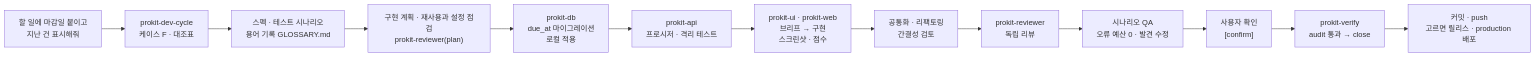
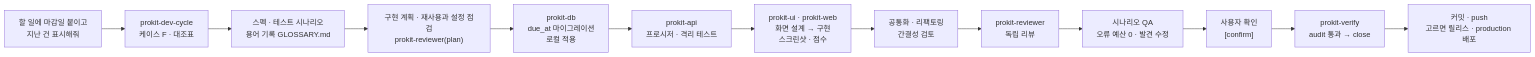
One commit to roadkwon-ai/pro-kit changed the second of 2 diagrams in handbook/concepts/dev-cycle.md. Above: the diagram before and after it, drawn with Mermaid. The commit also changed other lines of this file and 90 other files, not shown here.

````diff
--- a/handbook/concepts/dev-cycle.md
+++ b/handbook/concepts/dev-cycle.md
@@ -57,15 +64,15 @@
 ```mermaid
 flowchart LR
   R["할 일에 마감일 붙이고<br/>지난 건 표시해줘"] --> DC["prokit-dev-cycle<br/>케이스 F · 대조표"]
   DC --> SP["스펙 · 테스트 시나리오<br/>용어 기록 GLOSSARY.md"]
   SP --> PLAN["구현 계획 · 재사용과 설정 점검<br/>prokit-reviewer(plan)"]
   PLAN --> DB["prokit-db<br/>due_at 마이그레이션<br/>로컬 적용"]
   DB --> API["prokit-api<br/>프로시저 · 격리 테스트"]
-  API --> UI["prokit-ui · prokit-web<br/>브리프 → 구현<br/>스크린샷 · 점수"]
+  API --> UI["prokit-ui · prokit-web<br/>화면 설계 → 구현<br/>스크린샷 · 점수"]
   UI --> RF["공통화 · 리팩토링<br/>간결성 검토"]
   RF --> REV["prokit-reviewer<br/>독립 리뷰"]
   REV --> QA["시나리오 QA<br/>오류 예산 0 · 발견 수정"]
   QA --> CF["사용자 확인<br/>[confirm]"]
   CF --> V["prokit-verify<br/>audit 통과 → close"]
   V --> END["커밋 · push<br/>고르면 릴리스 · production 배포"]
 ```
````
